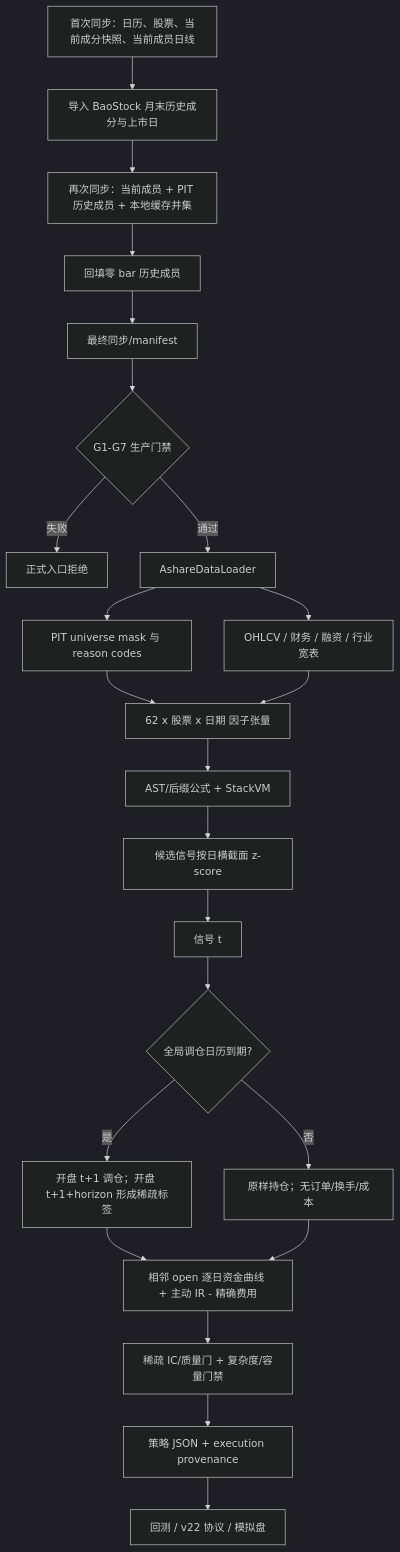
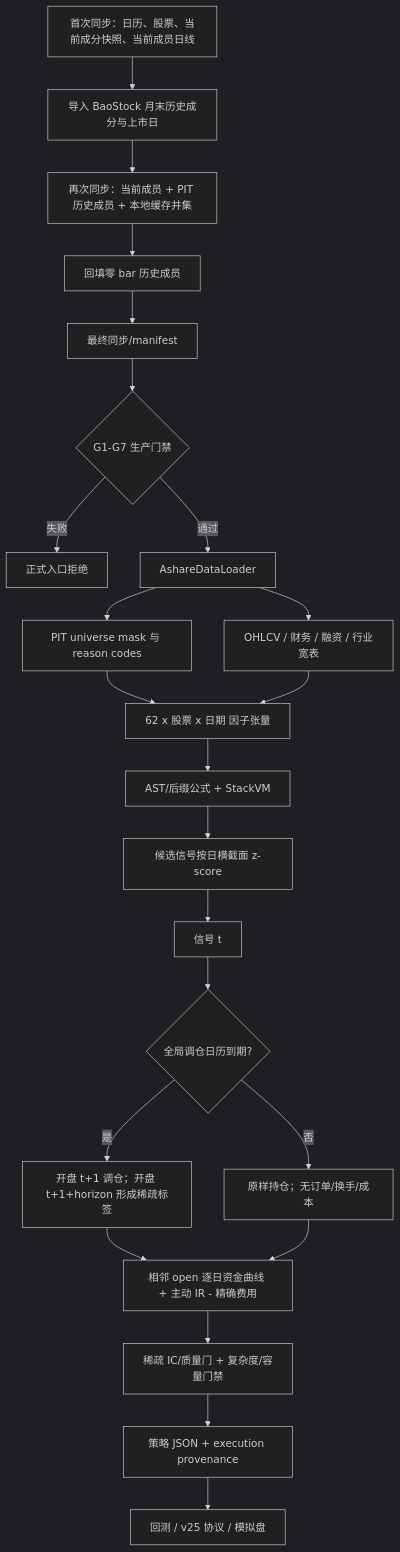
Before and after one commit to fanxxxks/N: the third of 6 diagrams in docs/PROJECT_ONBOARDING.md, drawn with Mermaid (dark theme). The commit also changed other lines of this file, not shown here.

```diff
--- a/docs/PROJECT_ONBOARDING.md
+++ b/docs/PROJECT_ONBOARDING.md
@@ -297,25 +298,25 @@
 ~~~mermaid
 flowchart TD
     A[首次同步：日历、股票、当前成分快照、当前成员日线] --> B[导入 BaoStock 月末历史成分与上市日]
     B --> C[再次同步：当前成员 + PIT 历史成员 + 本地缓存并集]
     C --> D[回填零 bar 历史成员]
     D --> E[最终同步/manifest]
     E --> F{G1-G7 生产门禁}
     F -- 失败 --> X[正式入口拒绝]
     F -- 通过 --> G[AshareDataLoader]
     G --> H[PIT universe mask 与 reason codes]
     G --> I[OHLCV / 财务 / 融资 / 行业宽表]
     H --> J[62 x 股票 x 日期 因子张量]
     I --> J
     J --> K[AST/后缀公式 + StackVM]
     K --> L[候选信号按日横截面 z-score]
     L --> M[信号 t]
     M --> N{全局调仓日历到期?}
     N -- 是 --> O[开盘 t+1 调仓；开盘 t+1+horizon 形成稀疏标签]
     N -- 否 --> P[原样持仓；无订单/换手/成本]
     O --> Q[相邻 open 逐日资金曲线 + 主动 IR - 精确费用]
     P --> Q
     Q --> S[稀疏 IC/质量门 + 复杂度/容量门禁]
     S --> T[策略 JSON + execution provenance]
-    T --> R[回测 / v22 协议 / 模拟盘]
+    T --> R[回测 / v25 协议 / 模拟盘]
 ~~~
```
